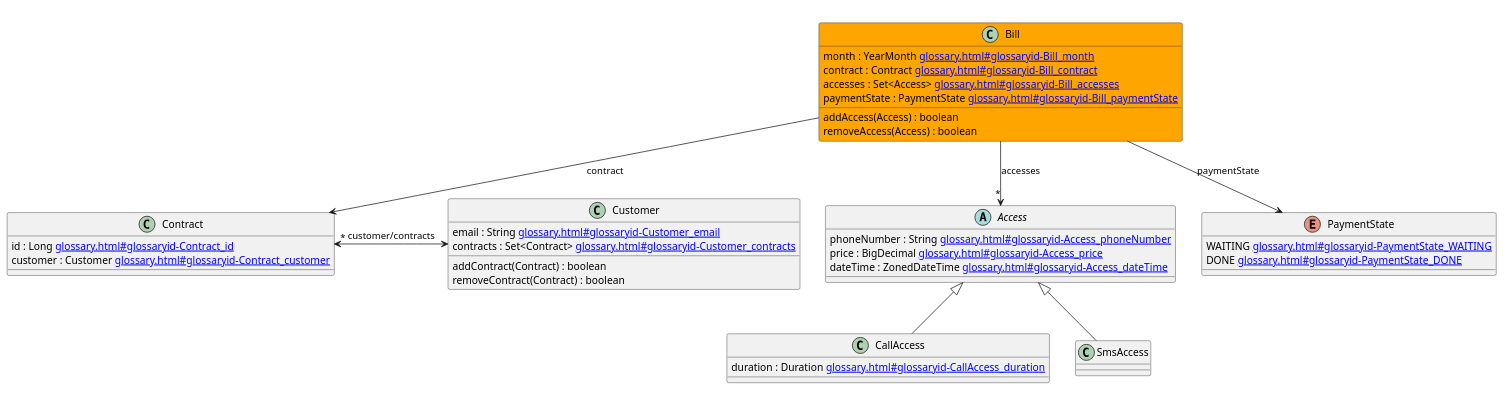
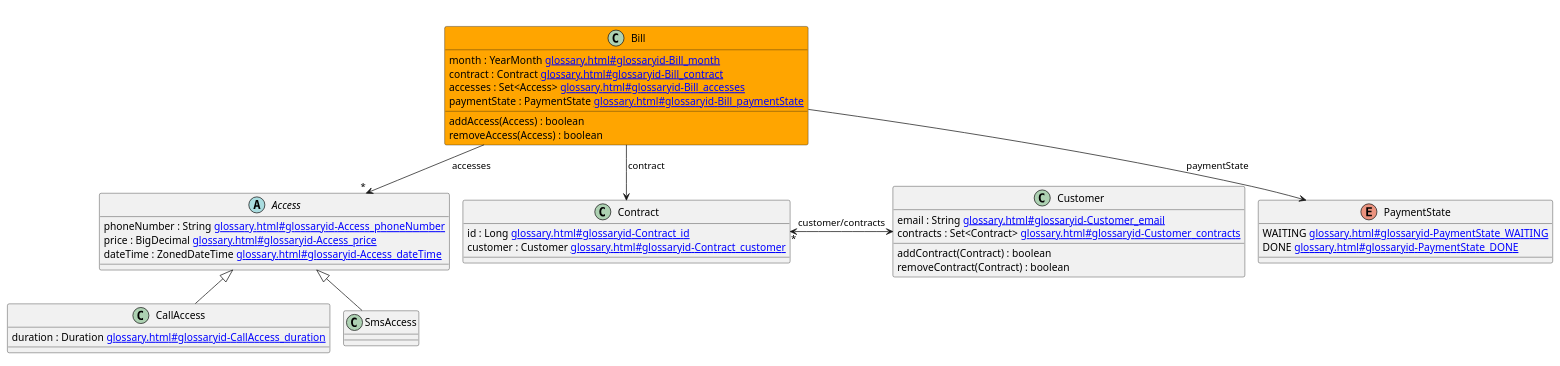
The diagram in livingdoc-maven-plugin/src/it/ddd/src/test/resources/expected/diagram.adoc (jboz/living-documentation), drawn with PlantUML before and after one commit. The commit also changed 7 other files, not shown here.

Commit message:
generate diagram with java graphviz implementation

```diff
--- a/livingdoc-maven-plugin/src/it/ddd/src/test/resources/expected/diagram.adoc
+++ b/livingdoc-maven-plugin/src/it/ddd/src/test/resources/expected/diagram.adoc
@@ -5,59 +5,60 @@
 [plantuml, diagram, format=svg, opts=interactive]
 ----
 @startuml
+!pragma layout smetana
 
 header
 
 endheader
 
 abstract class "Access" [[glossary.html#glossaryid-Access{Access}]] {
   phoneNumber : String [[glossary.html#glossaryid-Access_phoneNumber{phoneNumber}]]
   price : BigDecimal [[glossary.html#glossaryid-Access_price{price}]]
   dateTime : ZonedDateTime [[glossary.html#glossaryid-Access_dateTime{dateTime}]]
 }
 
 class "Bill" [[glossary.html#glossaryid-Bill{Bill}]] #orange {
   month : YearMonth [[glossary.html#glossaryid-Bill_month{month}]]
   contract : Contract [[glossary.html#glossaryid-Bill_contract{contract}]]
   accesses : Set<Access> [[glossary.html#glossaryid-Bill_accesses{accesses}]]
   paymentState : PaymentState [[glossary.html#glossaryid-Bill_paymentState{paymentState}]]
   addAccess(Access) : boolean
   removeAccess(Access) : boolean
 }
 
 class "CallAccess" [[glossary.html#glossaryid-CallAccess{CallAccess}]] {
   duration : Duration [[glossary.html#glossaryid-CallAccess_duration{duration}]]
 }
 
 class "Contract" [[glossary.html#glossaryid-Contract{Contract}]] {
   id : Long [[glossary.html#glossaryid-Contract_id{id}]]
   customer : Customer [[glossary.html#glossaryid-Contract_customer{customer}]]
 }
 
 class "Customer" [[glossary.html#glossaryid-Customer{Customer}]] {
   email : String [[glossary.html#glossaryid-Customer_email{email}]]
   contracts : Set<Contract> [[glossary.html#glossaryid-Customer_contracts{contracts}]]
   addContract(Contract) : boolean
   removeContract(Contract) : boolean
 }
 
 enum "PaymentState" [[glossary.html#glossaryid-PaymentState{PaymentState}]] {
   WAITING [[glossary.html#glossaryid-PaymentState_WAITING{WAITING}]]
   DONE [[glossary.html#glossaryid-PaymentState_DONE{DONE}]]
 }
 
 class "SmsAccess" [[glossary.html#glossaryid-SmsAccess{SmsAccess}]]
 
 "Access" <|-- "CallAccess"
 "Access" <|-- "SmsAccess"
 "Bill" --> "*" "Access" : accesses
 "Bill" --> "Contract" : contract
 "Bill" --> "PaymentState" : paymentState
 "Contract" "*" <-> "Customer" : customer/contracts
 footer
 
 endfooter
 
 
 @enduml
 ----
```
